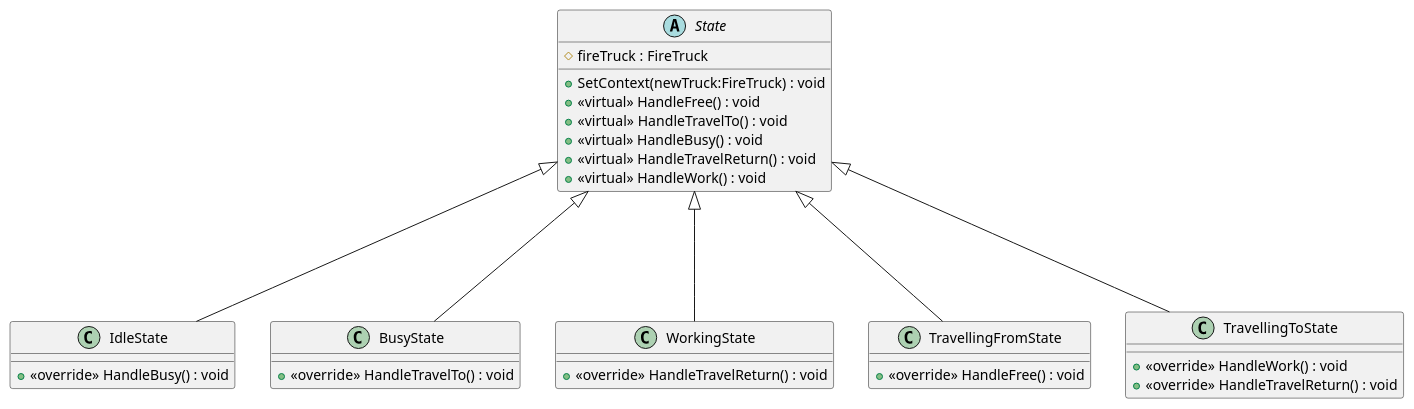
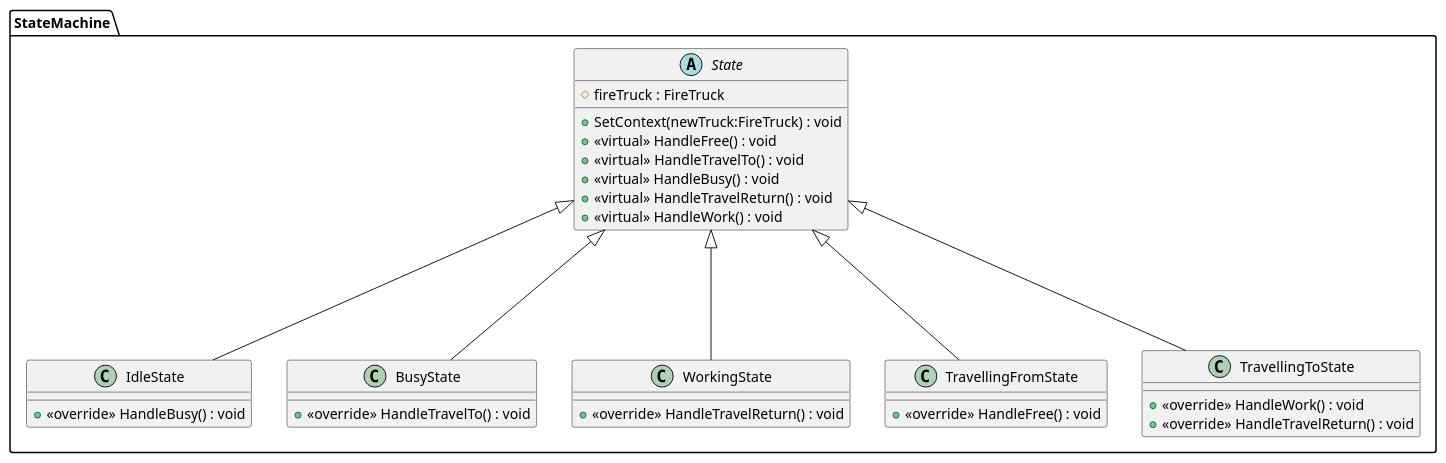
The diagram in TO_Lab_5/puml-classes/State.puml (john-bartu/cut-oot), drawn with PlantUML before and after one commit. The commit also changed 10 other files, not shown here.

Commit message:
Another better uml

```diff
--- a/TO_Lab_5/puml-classes/State.puml
+++ b/TO_Lab_5/puml-classes/State.puml
@@ -1,32 +1,37 @@
 @startuml
+
+package StateMachine{
 abstract class State {
     # fireTruck : FireTruck
     + SetContext(newTruck:FireTruck) : void
     + <<virtual>> HandleFree() : void
     + <<virtual>> HandleTravelTo() : void
     + <<virtual>> HandleBusy() : void
     + <<virtual>> HandleTravelReturn() : void
     + <<virtual>> HandleWork() : void
 }
 class IdleState {
     + <<override>> HandleBusy() : void
 }
 class BusyState {
     + <<override>> HandleTravelTo() : void
 }
 class WorkingState {
     + <<override>> HandleTravelReturn() : void
 }
 class TravellingFromState {
     + <<override>> HandleFree() : void
 }
 class TravellingToState {
     + <<override>> HandleWork() : void
     + <<override>> HandleTravelReturn() : void
 }
 State <|-D-- IdleState
 State <|-D-- BusyState
 State <|-D-- WorkingState
 State <|-D-- TravellingFromState
 State <|-D-- TravellingToState
+
+
+}
 @enduml
```
